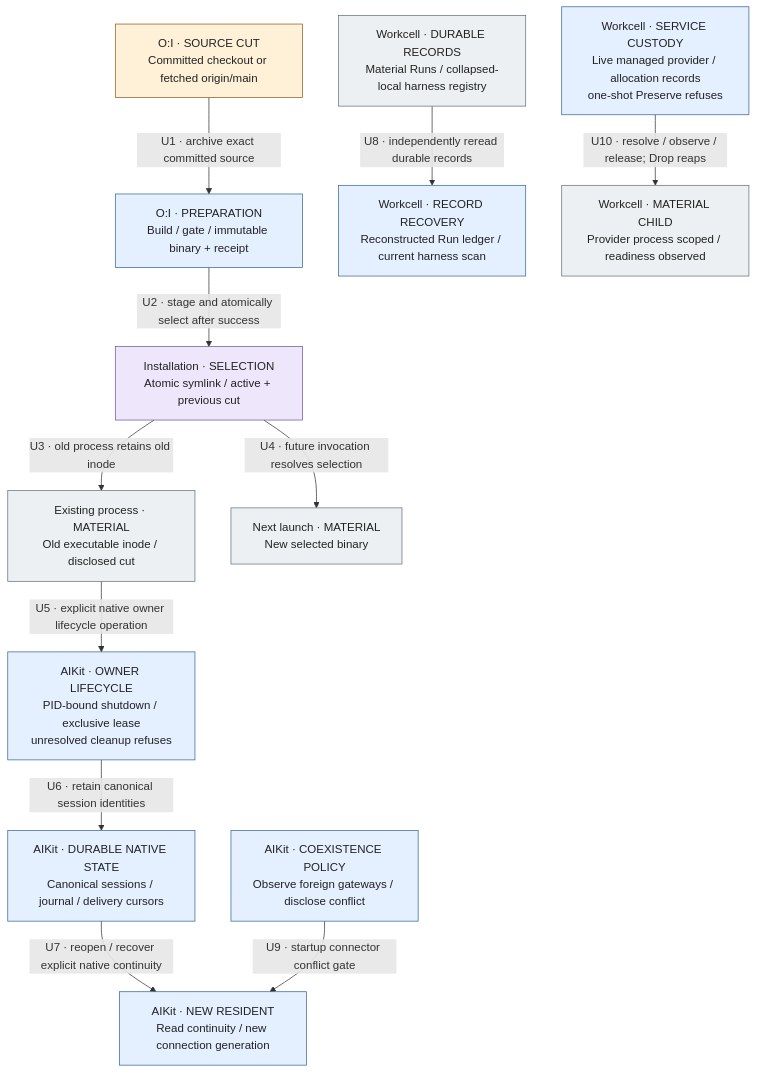
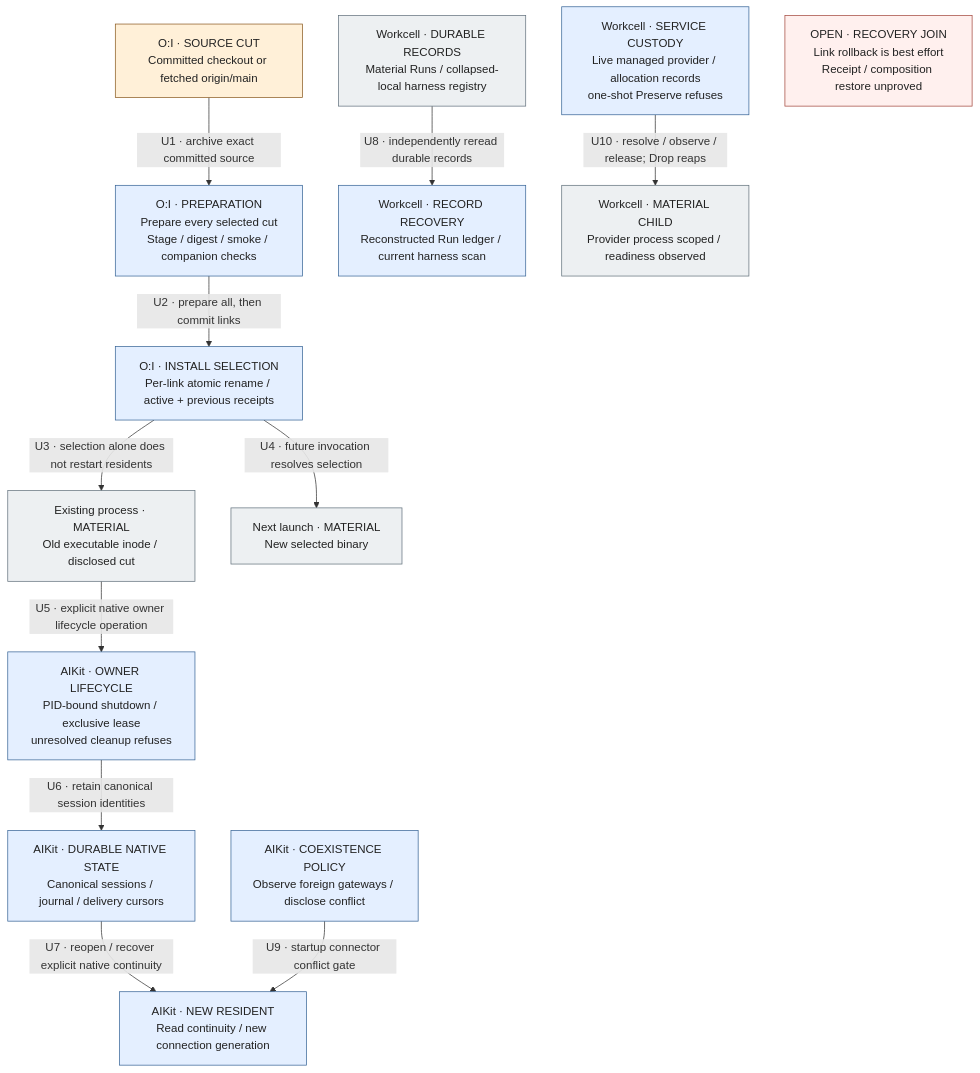
The diagram in docs/architecture/upgrade-lifecycle.mmd (EpiLogos/O-I), drawn with Mermaid before and after one commit. The commit also changed 15 other files, not shown here.

First line of the commit message:
docs: reconcile upgrade source and validate portable architecture diagrams

```diff
--- a/docs/architecture/upgrade-lifecycle.mmd
+++ b/docs/architecture/upgrade-lifecycle.mmd
@@ -1,37 +1,40 @@
 %% source_id: oi:architecture:upgrade-lifecycle
 %% visual_question: How do installation, gateway processes and sessions survive an upgrade?
 %% companion_doc: upgrade-lifecycle.md
-%% revision: 2026-10-01
+%% revision: 2026-10-04
 %% provenance: relations.json U1-U10; source-basis.json; install cut is not resident process cut
 flowchart TB
   cuts["O:I · SOURCE CUT<br/>Committed checkout or fetched origin/main"]
-  binary["O:I · PREPARATION<br/>Build / gate / immutable binary + receipt"]
-  pointer["Installation · SELECTION<br/>Atomic symlink / active + previous cut"]
+  binary["O:I · PREPARATION<br/>Prepare every selected cut<br/>Stage / digest / smoke / companion checks"]
+  pointer["O:I · INSTALL SELECTION<br/>Per-link atomic rename / active + previous receipts"]
   old["Existing process · MATERIAL<br/>Old executable inode / disclosed cut"]
   next["Next launch · MATERIAL<br/>New selected binary"]
   lifecycle["AIKit · OWNER LIFECYCLE<br/>PID-bound shutdown / exclusive lease<br/>unresolved cleanup refuses"]
   sessions["AIKit · DURABLE NATIVE STATE<br/>Canonical sessions / journal / delivery cursors"]
   renewed["AIKit · NEW RESIDENT<br/>Read continuity / new connection generation"]
   material["Workcell · DURABLE RECORDS<br/>Material Runs / collapsed-local harness registry"]
   recovery["Workcell · RECORD RECOVERY<br/>Reconstructed Run ledger / current harness scan"]
   service_provider["Workcell · SERVICE CUSTODY<br/>Live managed provider / allocation records<br/>one-shot Preserve refuses"]
   service_child["Workcell · MATERIAL CHILD<br/>Provider process scoped / readiness observed"]
   coexist["AIKit · COEXISTENCE POLICY<br/>Observe foreign gateways / disclose conflict"]
+  rollback_gap["OPEN · RECOVERY JOIN<br/>Link rollback is best effort<br/>Receipt / composition restore unproved"]
   cuts -->|"U1 · archive exact committed source"| binary
-  binary -->|"U2 · stage and atomically select after success"| pointer
-  pointer -->|"U3 · old process retains old inode"| old
+  binary -->|"U2 · prepare all, then commit links"| pointer
+  pointer -->|"U3 · selection alone does not restart residents"| old
   pointer -->|"U4 · future invocation resolves selection"| next
   old -->|"U5 · explicit native owner lifecycle operation"| lifecycle
   lifecycle -->|"U6 · retain canonical session identities"| sessions
   sessions -->|"U7 · reopen / recover explicit native continuity"| renewed
   material -->|"U8 · independently reread durable records"| recovery
   coexist -->|"U9 · startup connector conflict gate"| renewed
   service_provider -->|"U10 · resolve / observe / release; Drop reaps"| service_child
   classDef authority fill:#fff0d8,stroke:#8a5a20,color:#222;
   classDef native fill:#e4efff,stroke:#376496,color:#222;
   classDef derived fill:#eee7fb,stroke:#705494,color:#222;
+  classDef gap fill:#fff0ee,stroke:#a3473c,color:#222;
+  class rollback_gap gap;
   classDef material fill:#edf0f2,stroke:#62717c,color:#222;
   class cuts authority;
   class binary,lifecycle,sessions,renewed,coexist,recovery,service_provider native;
-  class pointer derived;
+  class pointer native;
   class old,next,material,service_child material;
```
